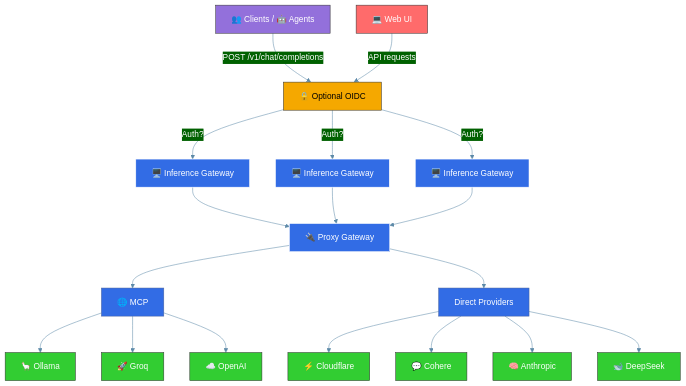
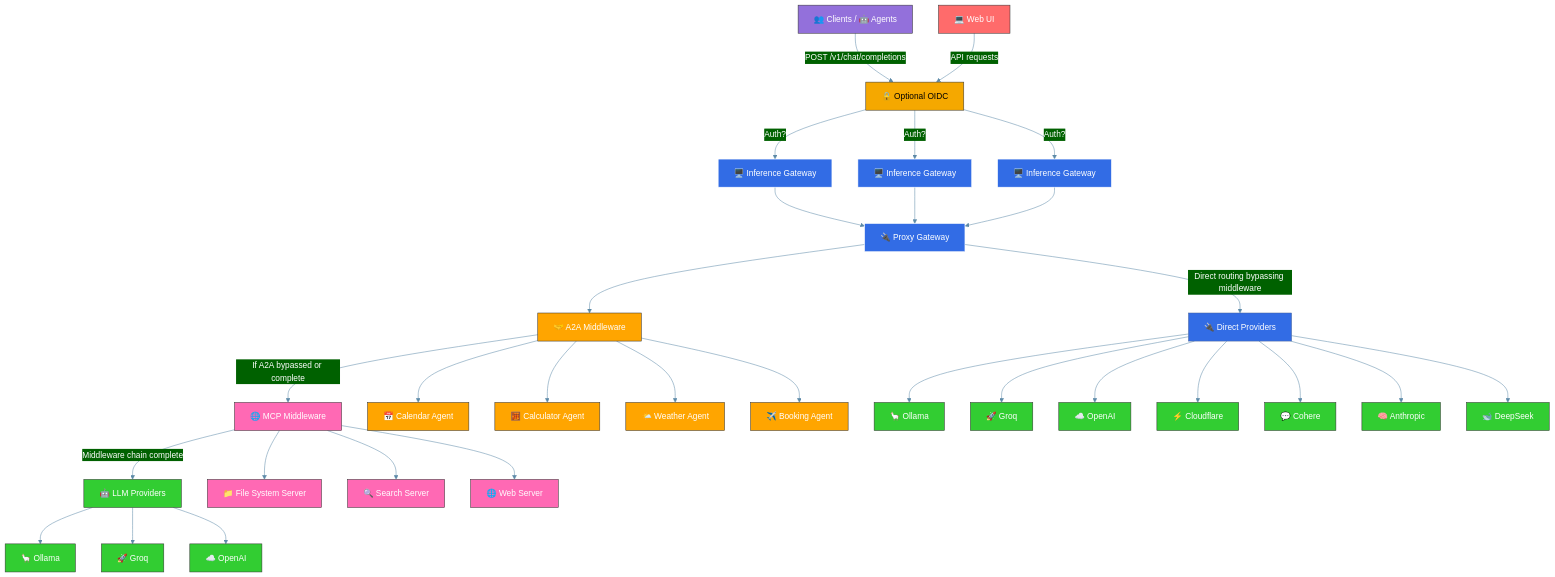
Before and after one commit to sammcj/inference-gateway: the diagram in README.md, drawn with Mermaid. The commit also changed other lines of this file, not shown here.

Commit message:
docs: Update README to clarify middleware toggling and enhance flow diagram (#145)

````diff
--- a/README.md
+++ b/README.md
@@ -64,48 +68,69 @@
 ```mermaid
 %%{init: {'theme': 'base', 'themeVariables': { 'primaryColor': '#326CE5', 'primaryTextColor': '#fff', 'lineColor': '#5D8AA8', 'secondaryColor': '#006100' }, 'fontFamily': 'Arial', 'flowchart': {'nodeSpacing': 50, 'rankSpacing': 70, 'padding': 15}}}%%
 
 
 graph TD
     %% Client nodes
     A["👥 Clients / 🤖 Agents"] --> |POST /v1/chat/completions| Auth
     UI["💻 Web UI"] --> |API requests| Auth
 
     %% Auth node
     Auth["🔒 Optional OIDC"] --> |Auth?| IG1
     Auth --> |Auth?| IG2
     Auth --> |Auth?| IG3
 
     %% Gateway nodes
     IG1["🖥️ Inference Gateway"] --> P
     IG2["🖥️ Inference Gateway"] --> P
     IG3["🖥️ Inference Gateway"] --> P
 
-    %% MCP Layer
-    P["🔌 Proxy Gateway"] --> MCP["🌐 MCP"]
-    P --> Direct["Direct Providers"]
+    %% Middleware Processing (Sequential) and Direct Routing
+    P["🔌 Proxy Gateway"] --> A2A["🤝 A2A Middleware"]
+    P --> |"Direct routing bypassing middleware"| Direct["🔌 Direct Providers"]
+    A2A --> |"If A2A bypassed or complete"| MCP["🌐 MCP Middleware"]
+    MCP --> |"Middleware chain complete"| Providers["🤖 LLM Providers"]
 
-    %% Providers
-    MCP --> C["🦙 Ollama"]
-    MCP --> D["🚀 Groq"]
-    MCP --> E["☁️ OpenAI"]
+    %% A2A External Agents (First Layer)
+    A2A --> A2A1["📅 Calendar Agent"]
+    A2A --> A2A2["🧮 Calculator Agent"]
+    A2A --> A2A3["🌤️ Weather Agent"]
+    A2A --> A2A4["✈️ Booking Agent"]
+
+    %% MCP Tool Servers (Second Layer)
+    MCP --> MCP1["📁 File System Server"]
+    MCP --> MCP2["🔍 Search Server"]
+    MCP --> MCP3["🌐 Web Server"]
+
+    %% LLM Providers (Middleware Enhanced)
+    Providers --> C1["🦙 Ollama"]
+    Providers --> D1["🚀 Groq"]
+    Providers --> E1["☁️ OpenAI"]
+
+    %% Direct Providers (Bypass Middleware)
+    Direct --> C["🦙 Ollama"]
+    Direct --> D["🚀 Groq"]
+    Direct --> E["☁️ OpenAI"]
     Direct --> G["⚡ Cloudflare"]
     Direct --> H1["💬 Cohere"]
     Direct --> H2["🧠 Anthropic"]
     Direct --> H3["🐋 DeepSeek"]
 
     %% Define styles
     classDef client fill:#9370DB,stroke:#333,stroke-width:1px,color:white;
     classDef auth fill:#F5A800,stroke:#333,stroke-width:1px,color:black;
     classDef gateway fill:#326CE5,stroke:#fff,stroke-width:1px,color:white;
     classDef provider fill:#32CD32,stroke:#333,stroke-width:1px,color:white;
     classDef ui fill:#FF6B6B,stroke:#333,stroke-width:1px,color:white;
+    classDef mcp fill:#FF69B4,stroke:#333,stroke-width:1px,color:white;
+    classDef a2a fill:#FFA500,stroke:#333,stroke-width:1px,color:white;
 
     %% Apply styles
     class A client;
     class UI ui;
     class Auth auth;
     class IG1,IG2,IG3,P gateway;
-    class C,D,E,G,H1,H2,H3 provider;
-    class MCP mcp;
+    class C,D,E,G,H1,H2,H3,C1,D1,E1,Providers provider;
+    class MCP,MCP1,MCP2,MCP3 mcp;
+    class A2A,A2A1,A2A2,A2A3,A2A4 a2a;
     class Direct direct;
 ```
````
